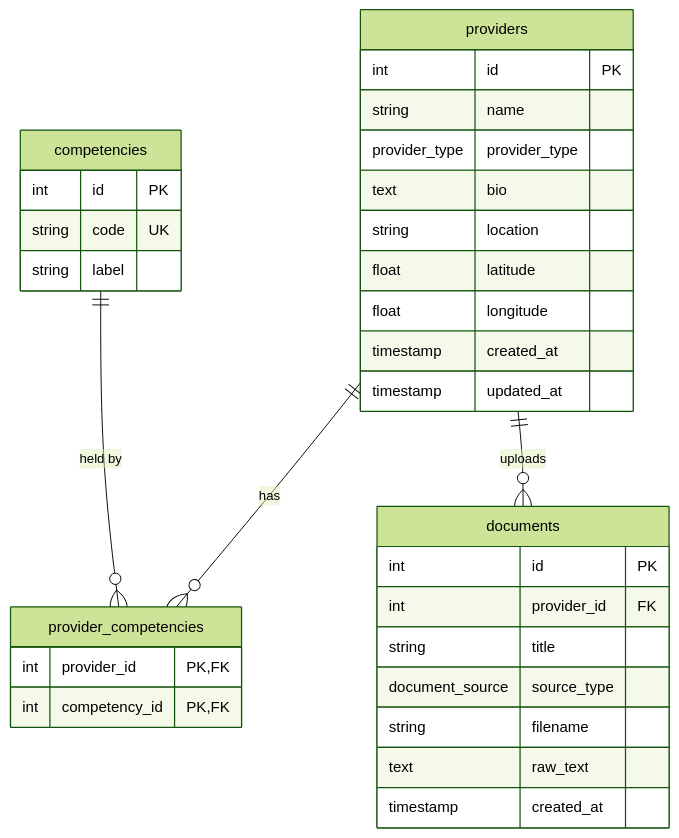
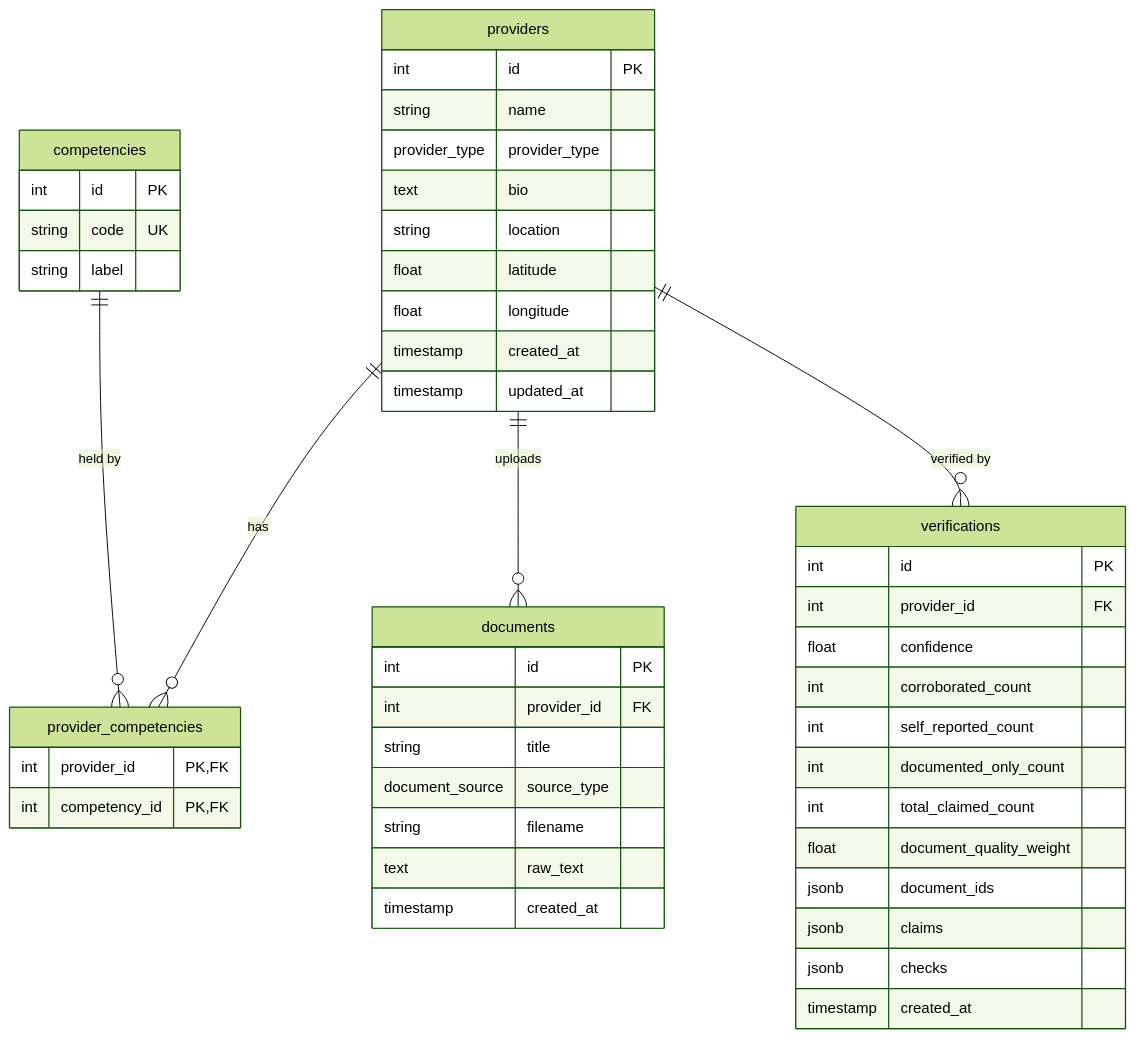
One commit to ernqiteng/Vouch changed the diagram in docs/databaseschema.md. Above: the diagram before and after it, drawn with Mermaid (forest theme). The commit also changed other lines of this file, not shown here.

Commit message:
docs: add verifications table to database schema

````diff
--- a/docs/databaseschema.md
+++ b/docs/databaseschema.md
@@ -9,36 +9,51 @@
 ```mermaid
 erDiagram
     providers ||--o{ provider_competencies : has
     competencies ||--o{ provider_competencies : "held by"
     providers ||--o{ documents : uploads
+    providers ||--o{ verifications : "verified by"
 
     providers {
         int id PK
         string name
         provider_type provider_type
         text bio
         string location
         float latitude
         float longitude
         timestamp created_at
         timestamp updated_at
     }
     competencies {
         int id PK
         string code UK
         string label
     }
     provider_competencies {
         int provider_id PK, FK
         int competency_id PK, FK
     }
     documents {
         int id PK
         int provider_id FK
         string title
         document_source source_type
         string filename
         text raw_text
         timestamp created_at
     }
+    verifications {
+        int id PK
+        int provider_id FK
+        float confidence
+        int corroborated_count
+        int self_reported_count
+        int documented_only_count
+        int total_claimed_count
+        float document_quality_weight
+        jsonb document_ids
+        jsonb claims
+        jsonb checks
+        timestamp created_at
+    }
 ```
````
